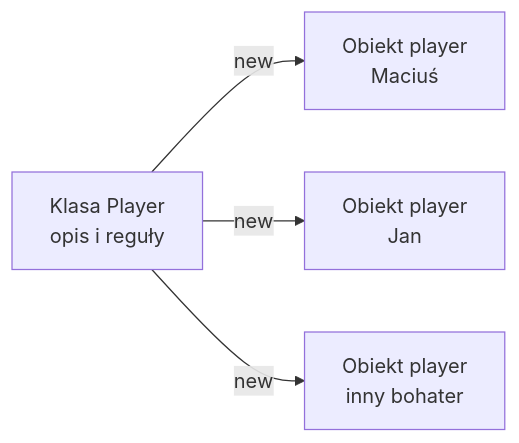
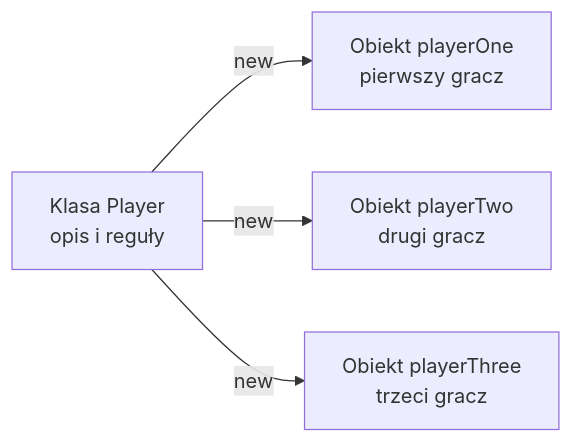
One commit to PJMPR/podstawy-programowania changed the second of 6 diagrams in _materials/07-lecture-randomness-and-game-algorithms.md. Above: the diagram before and after it, drawn with Mermaid. The commit also changed other lines of this file and 3 other files, not shown here.

````diff
--- a/_materials/07-lecture-randomness-and-game-algorithms.md
+++ b/_materials/07-lecture-randomness-and-game-algorithms.md
@@ -94,6 +94,6 @@
 ```mermaid
 flowchart LR
-    K[Klasa Player<br/>opis i reguły] -->|new| P1[Obiekt player<br/>Maciuś]
-    K -->|new| P2[Obiekt player<br/>Jan]
-    K -->|new| P3[Obiekt player<br/>inny bohater]
+    K[Klasa Player<br/>opis i reguły] -->|new| P1[Obiekt playerOne<br/>pierwszy gracz]
+    K -->|new| P2[Obiekt playerTwo<br/>drugi gracz]
+    K -->|new| P3[Obiekt playerThree<br/>trzeci gracz]
 ```
````
